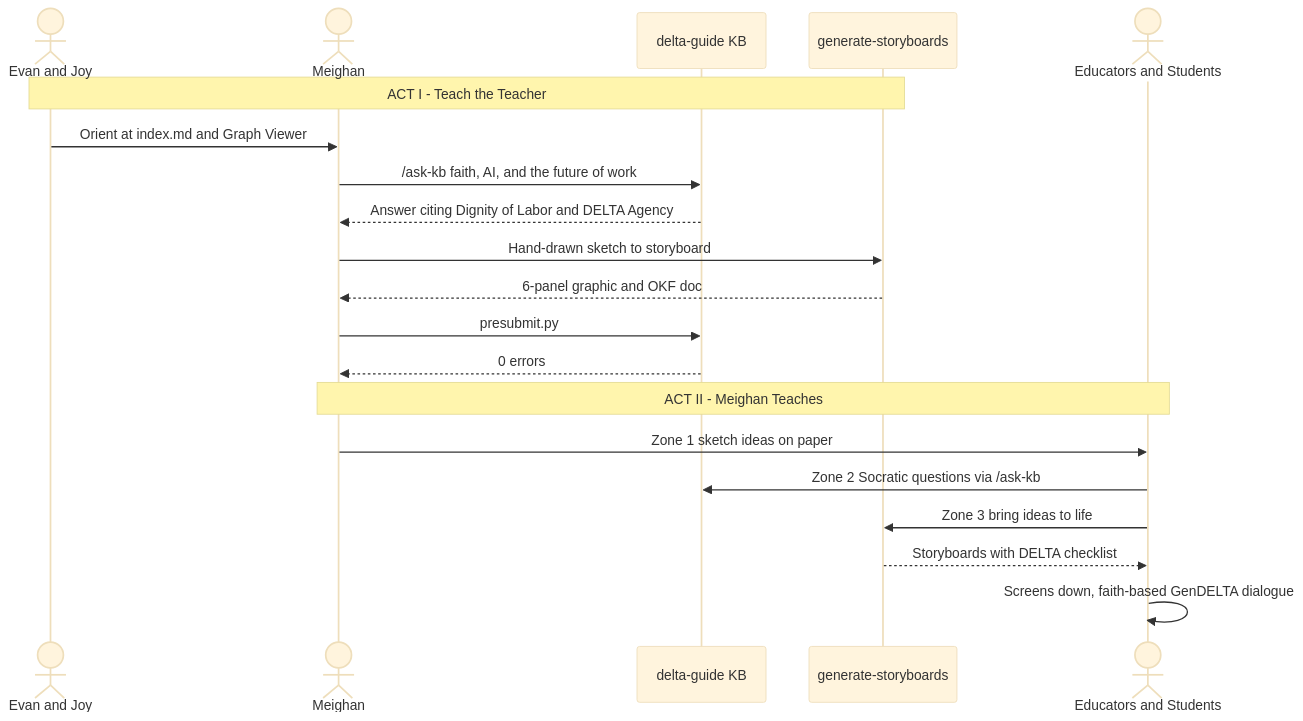
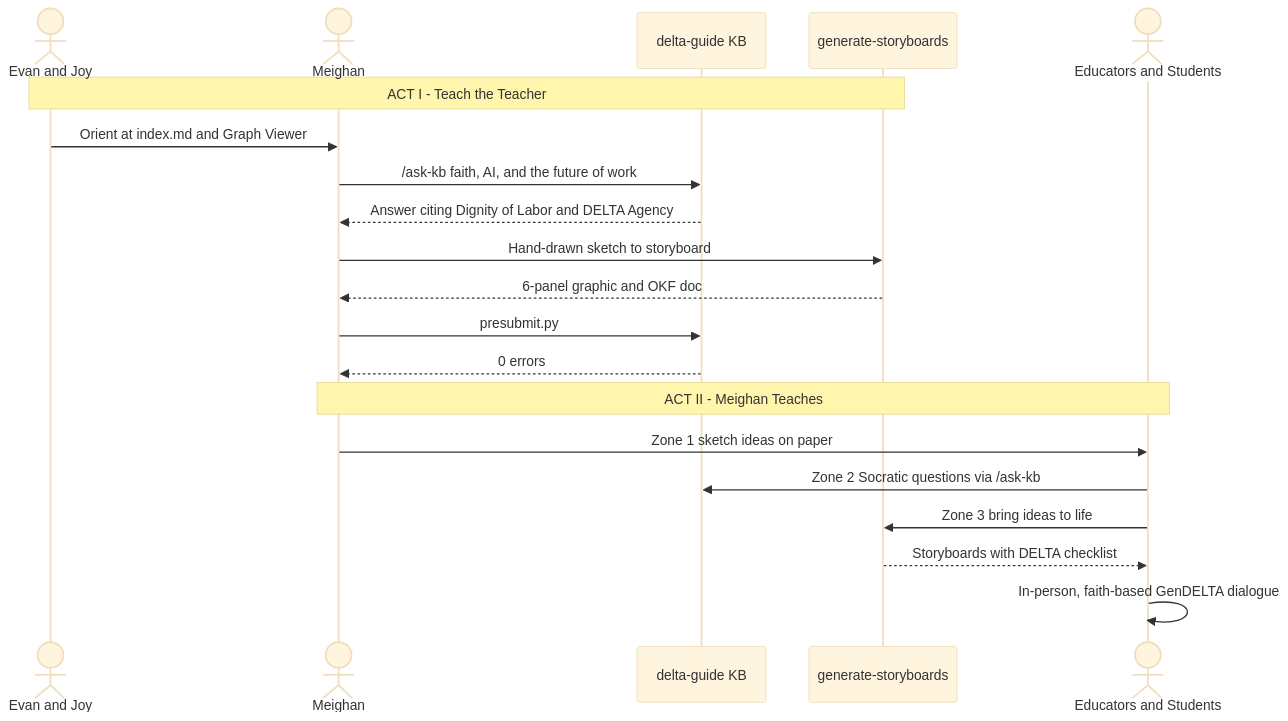
One commit to Sykes-Leonard/delta-guide changed the diagram in frontier/storyboard-gendelta-teach-the-teacher.md. Above: the diagram before and after it, drawn with Mermaid (base theme). The commit also changed other lines of this file and 9 other files, not shown here.

````diff
--- a/frontier/storyboard-gendelta-teach-the-teacher.md
+++ b/frontier/storyboard-gendelta-teach-the-teacher.md
@@ -102,24 +105,24 @@
 ```mermaid
 sequenceDiagram
     actor Mentors as Evan and Joy
     actor Meighan
     participant KB as delta-guide KB
     participant SB as generate-storyboards
     actor Circle as Educators and Students
 
     Note over Mentors,SB: ACT I - Teach the Teacher
     Mentors->>Meighan: Orient at index.md and Graph Viewer
     Meighan->>KB: /ask-kb faith, AI, and the future of work
     KB-->>Meighan: Answer citing Dignity of Labor and DELTA Agency
     Meighan->>SB: Hand-drawn sketch to storyboard
     SB-->>Meighan: 6-panel graphic and OKF doc
     Meighan->>KB: presubmit.py
     KB-->>Meighan: 0 errors
 
     Note over Meighan,Circle: ACT II - Meighan Teaches
     Meighan->>Circle: Zone 1 sketch ideas on paper
     Circle->>KB: Zone 2 Socratic questions via /ask-kb
     Circle->>SB: Zone 3 bring ideas to life
     SB-->>Circle: Storyboards with DELTA checklist
-    Circle->>Circle: Screens down, faith-based GenDELTA dialogue
+    Circle->>Circle: In-person, faith-based GenDELTA dialogue
 ```
````
